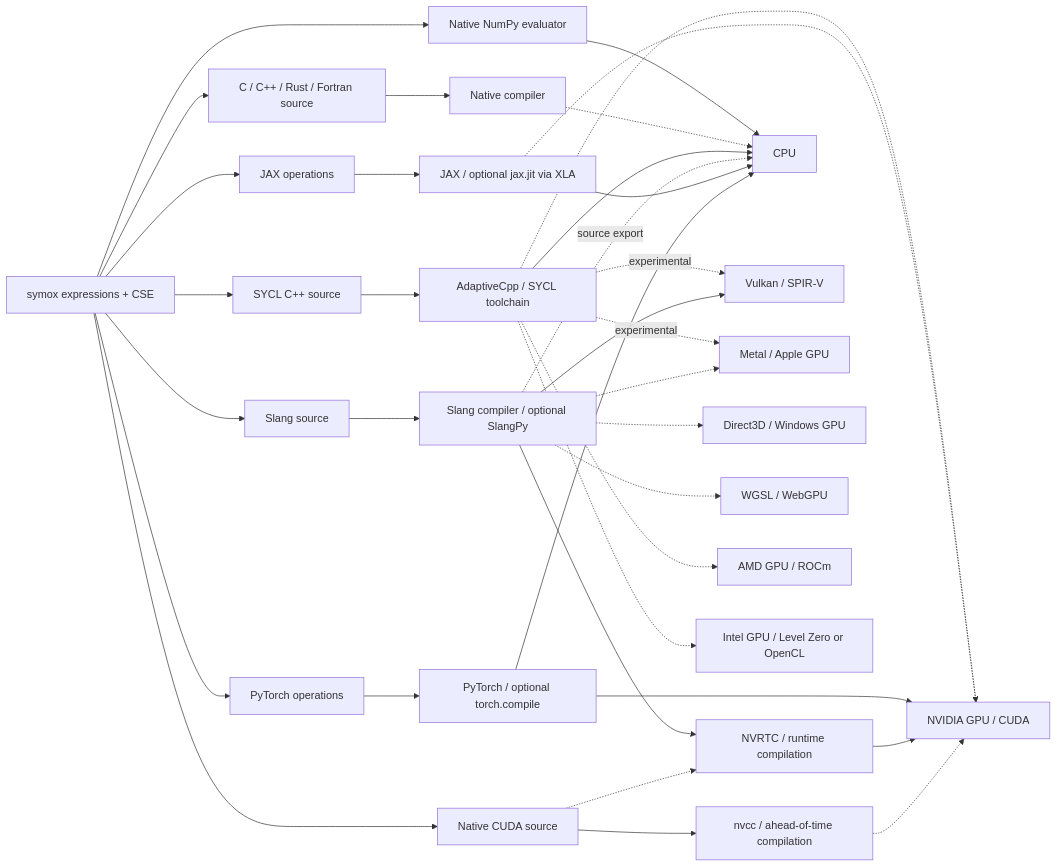
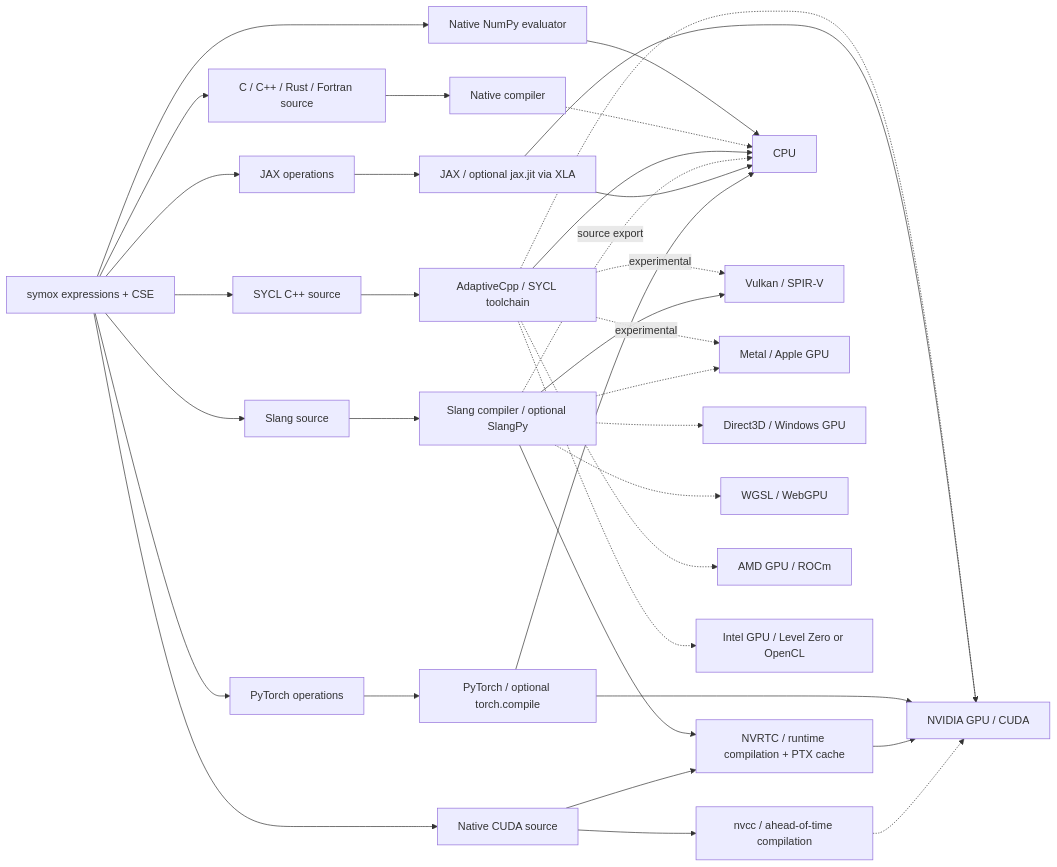
One commit to keckj/symox changed the diagram in README.md. Above: the diagram before and after it, drawn with Mermaid. The commit also changed other lines of this file and 58 other files, not shown here.

````diff
--- a/README.md
+++ b/README.md
@@ -116,39 +127,39 @@
 ```mermaid
 flowchart LR
     E["symox expressions + CSE"] --> N["Native CUDA source"]
     N --> NV["nvcc / ahead-of-time compilation"] -.-> CU["NVIDIA GPU / CUDA"]
-    N -.-> RTC["NVRTC / runtime compilation"]
+    N --> RTC["NVRTC / runtime compilation + PTX cache"]
     RTC --> CU
 
     E --> P["PyTorch operations"]
     P --> PT["PyTorch / optional torch.compile"]
     PT --> CU
     PT --> CPU["CPU"]
 
     E --> J["JAX operations"]
     J --> X["JAX / optional jax.jit via XLA"]
-    X -.-> CU
+    X --> CU
     X --> CPU
 
     E --> S["Slang source"]
     S --> SC["Slang compiler / optional SlangPy"]
     SC --> RTC
     SC --> V["Vulkan / SPIR-V"]
     SC -.-> M["Metal / Apple GPU"]
     SC -.-> D["Direct3D / Windows GPU"]
     SC -.-> W["WGSL / WebGPU"]
     SC -.->|source export| CPU
 
     E --> Y["SYCL C++ source"]
     Y --> A["AdaptiveCpp / SYCL toolchain"]
     A --> CPU
     A -.-> CU
     A -.-> AMD["AMD GPU / ROCm"]
     A -.-> INTEL["Intel GPU / Level Zero or OpenCL"]
     A -.->|experimental| M
     A -.->|experimental| V
 
     E --> C["C / C++ / Rust / Fortran source"]
     C --> CC["Native compiler"] -.-> CPU
     E --> NP["Native NumPy evaluator"] --> CPU
 ```
````
